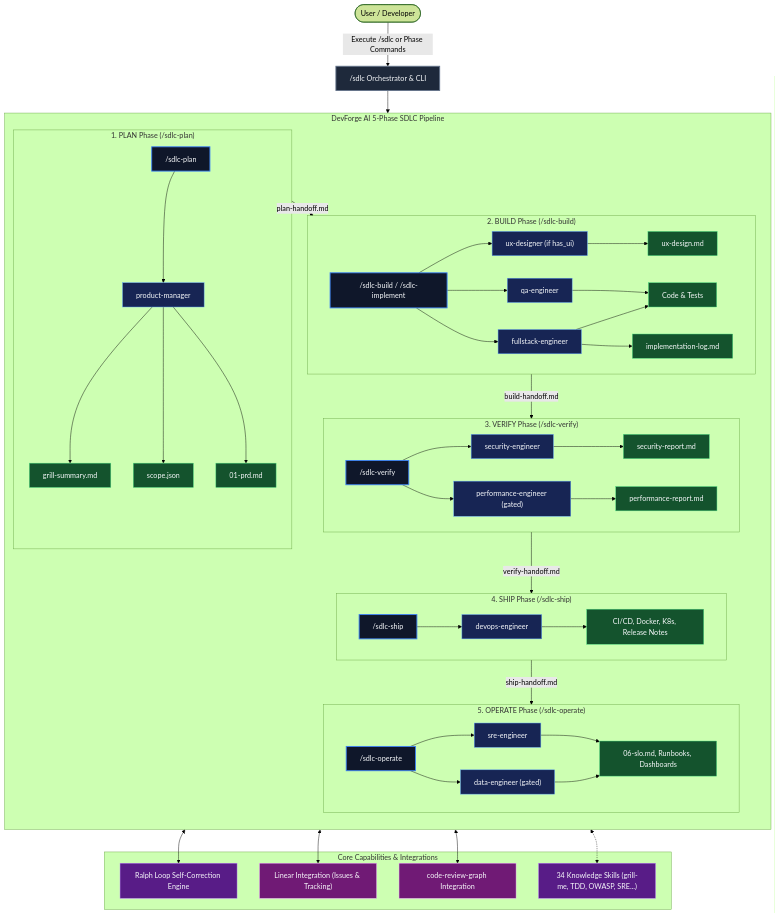
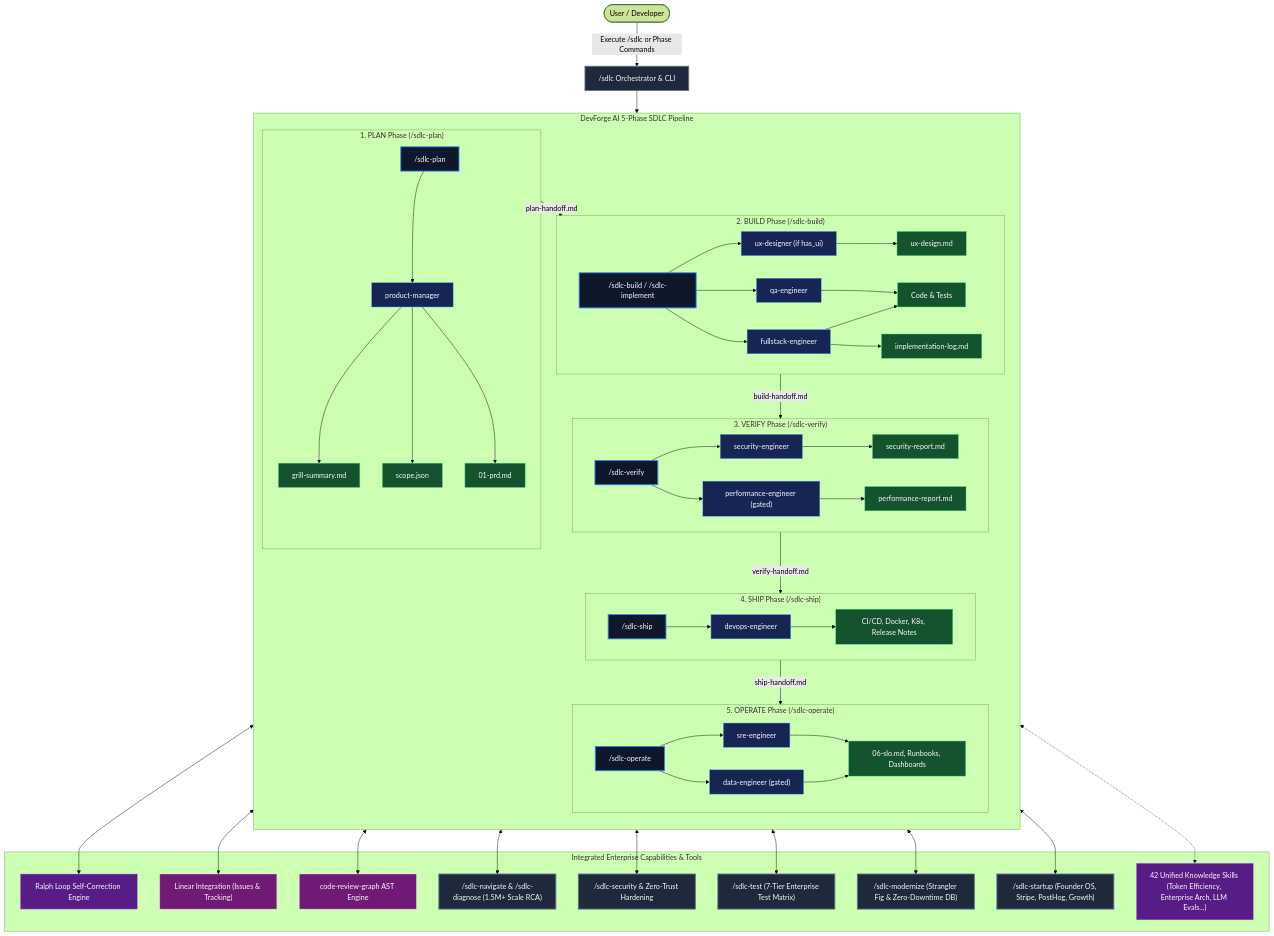
The first of 3 diagrams in README.md (saitarrun/devforge-ai), drawn with Mermaid (forest theme) before and after one commit. The commit also changed 3 other files, not shown here.

Commit message:
feat: complete end-to-end integration of all skills, agents, commands, and enterprise tools

````diff
--- a/README.md
+++ b/README.md
@@ -130,15 +130,21 @@
     Phase3 -->|verify-handoff.md| Phase4
     Phase4 -->|ship-handoff.md| Phase5
 
-    subgraph Core_Mechanisms ["Core Capabilities & Integrations"]
+    subgraph Core_Mechanisms ["Integrated Enterprise Capabilities & Tools"]
         RalphLoop["Ralph Loop Self-Correction Engine"]:::skill
         LinearInt["Linear Integration (Issues & Tracking)"]:::integration
-        GraphInt["code-review-graph Integration"]:::integration
-        SkillsLib["34 Knowledge Skills (grill-me, TDD, OWASP, SRE...)"]:::skill
+        GraphInt["code-review-graph AST Engine"]:::integration
+        NavCmd["/sdlc-navigate & /sdlc-diagnose (1.5M+ Scale RCA)"]:::orchestrator
+        SecCmd["/sdlc-security & Zero-Trust Hardening"]:::orchestrator
+        TestCmd["/sdlc-test (7-Tier Enterprise Test Matrix)"]:::orchestrator
+        ModCmd["/sdlc-modernize (Strangler Fig & Zero-Downtime DB)"]:::orchestrator
+        StartupCmd["/sdlc-startup (Founder OS, Stripe, PostHog, Growth)"]:::orchestrator
+        SkillsLib["42 Unified Knowledge Skills (Token Efficiency, Enterprise Arch, LLM Evals...)"]:::skill
     end
 
     Phase2 <--> RalphLoop
     Phase1 <--> LinearInt
     Phase2 <--> GraphInt
+    SDLC_Pipeline <--> NavCmd & SecCmd & TestCmd & ModCmd & StartupCmd
     SDLC_Pipeline <.-> SkillsLib
 ```
````
